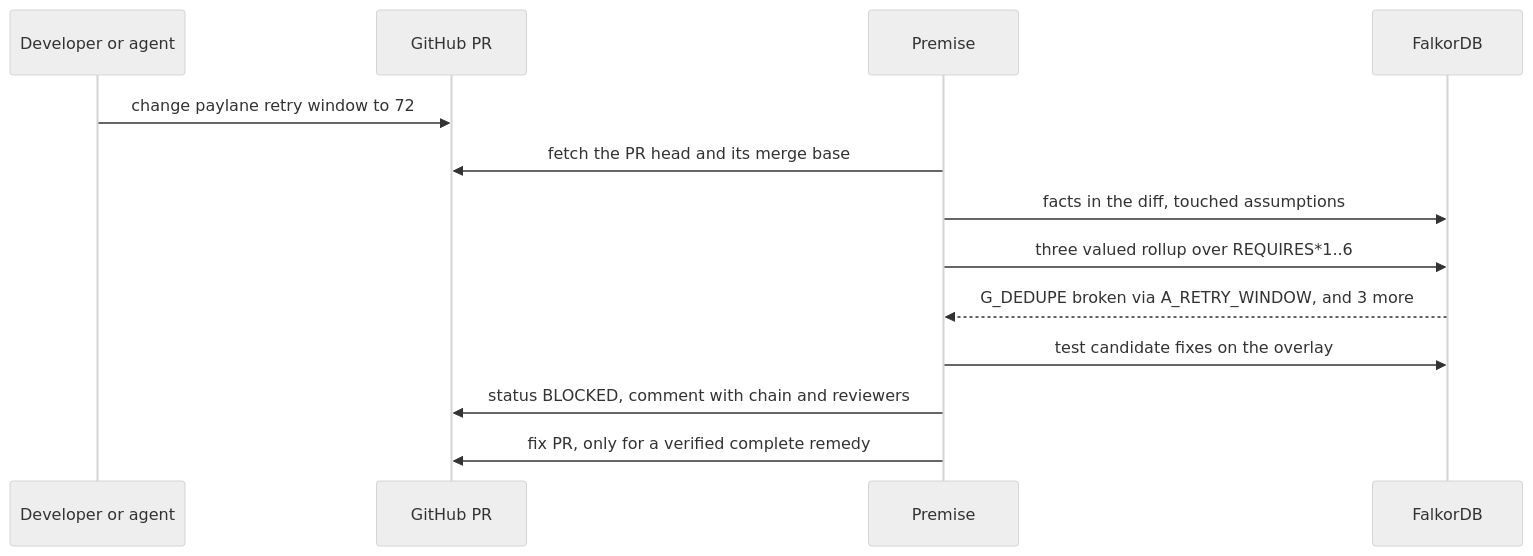
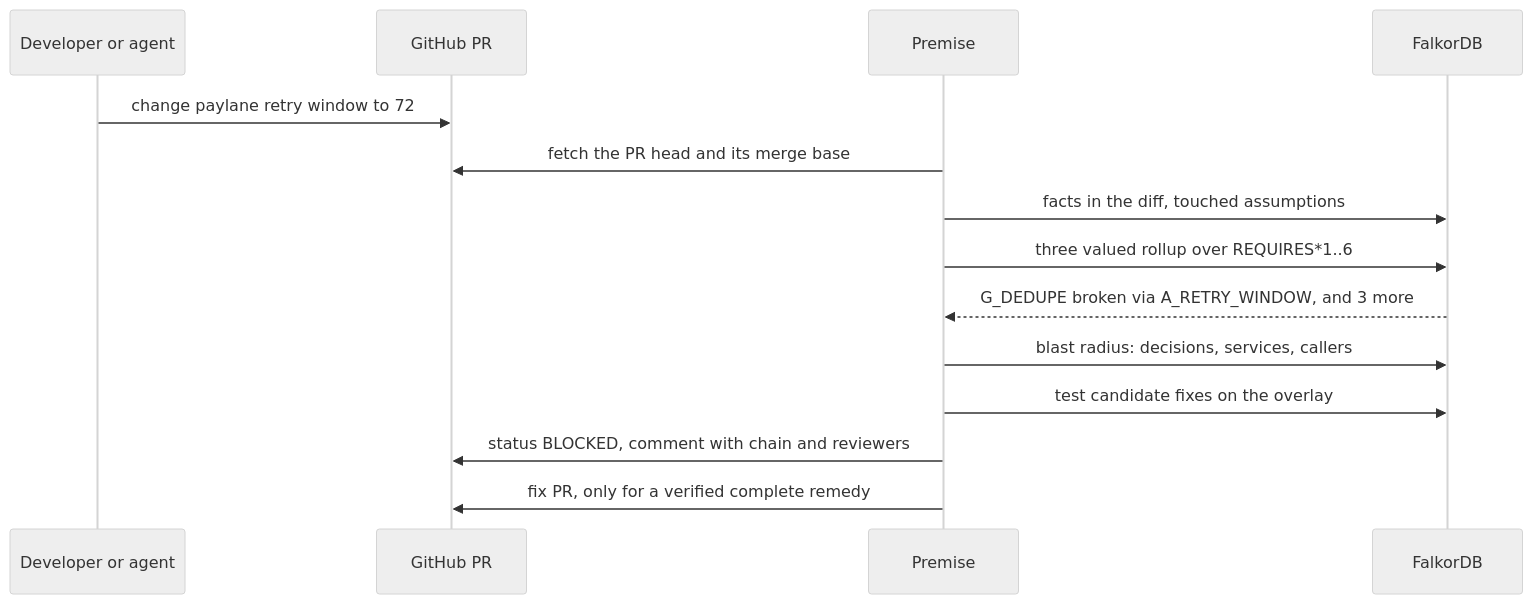
The fifth of 6 diagrams in README.md (Razeefshaik/Premise), drawn with Mermaid (neutral theme) before and after one commit. The commit also changed other lines of this file, not shown here.

````diff
--- a/README.md
+++ b/README.md
@@ -201,15 +217,16 @@
 ```mermaid
 sequenceDiagram
   participant Dev as Developer or agent
   participant GH as GitHub PR
   participant P as Premise
   participant DB as FalkorDB
   Dev->>GH: change paylane retry window to 72
   P->>GH: fetch the PR head and its merge base
   P->>DB: facts in the diff, touched assumptions
   P->>DB: three valued rollup over REQUIRES*1..6
   DB-->>P: G_DEDUPE broken via A_RETRY_WINDOW, and 3 more
+  P->>DB: blast radius: decisions, services, callers
   P->>DB: test candidate fixes on the overlay
   P->>GH: status BLOCKED, comment with chain and reviewers
   P->>GH: fix PR, only for a verified complete remedy
 ```
````
